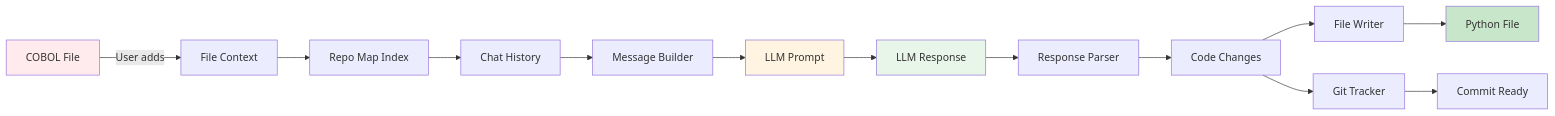
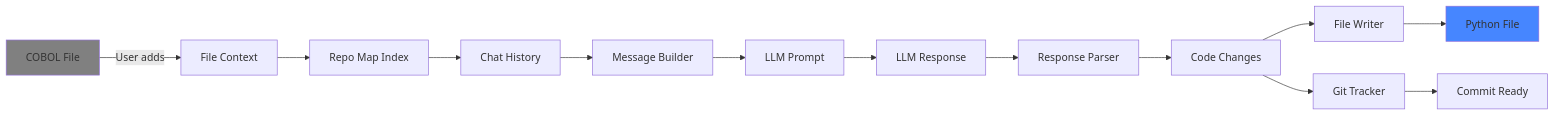
Before and after one commit to astrio-ai/l2m: the fifth of 5 diagrams in docs/architecture.md, drawn with Mermaid. The commit also changed other lines of this file, not shown here.

First line of the commit message:
Refactor styles in architecture documentation

````diff
--- a/docs/architecture.md
+++ b/docs/architecture.md
@@ -232,20 +226,18 @@
 ```mermaid
 flowchart LR
     A[COBOL File] -->|User adds| B[File Context]
     B --> C[Repo Map Index]
     C --> D[Chat History]
     D --> E[Message Builder]
     E --> F[LLM Prompt]
     F --> G[LLM Response]
     G --> H[Response Parser]
     H --> I[Code Changes]
     I --> J[File Writer]
     J --> K[Python File]
     I --> L[Git Tracker]
     L --> M[Commit Ready]
     
-    style A fill:#ffebee
-    style F fill:#fff4e1
-    style G fill:#e8f5e9
-    style K fill:#c8e6c9
+    style A fill:#808080
+    style K fill:#4686ff
 ```
````
